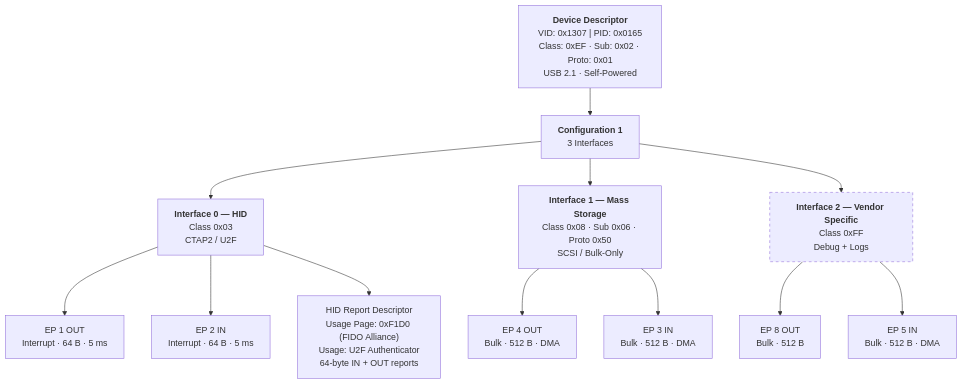
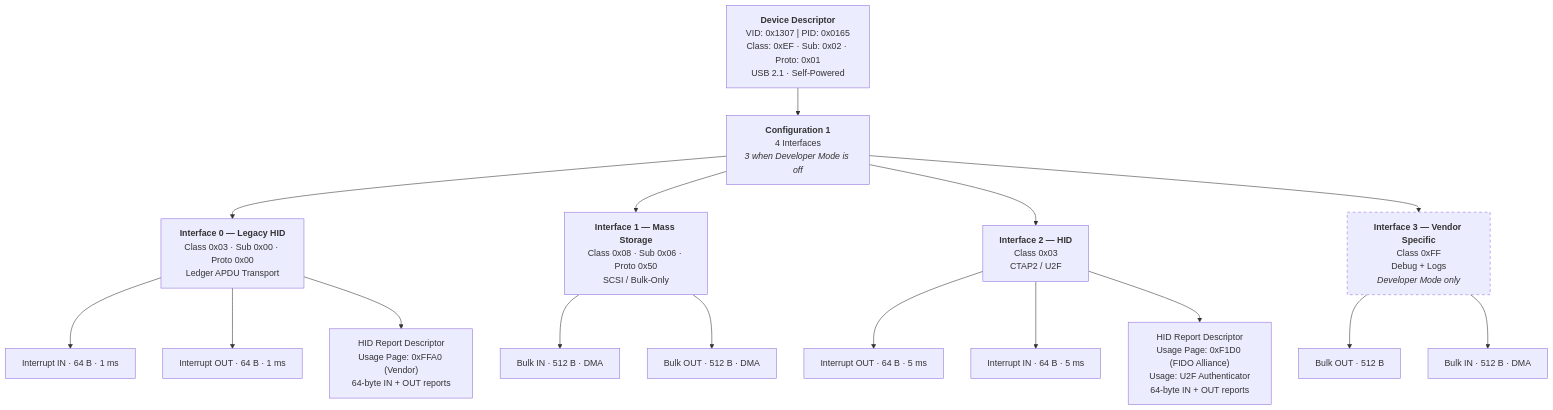
Before and after one commit to Foundation-Devices/KeyOS: the first of 4 diagrams in docs/usb-architecture.md, drawn with Mermaid. The commit also changed other lines of this file, not shown here.

First line of the commit message:
docs: update USB architecture and debug protocol

````diff
--- a/docs/usb-architecture.md
+++ b/docs/usb-architecture.md
@@ -25,35 +28,45 @@
 ```mermaid
 graph TD
     DEV["<b>Device Descriptor</b><br/>VID: 0x1307 | PID: 0x0165<br/>Class: 0xEF · Sub: 0x02 · Proto: 0x01<br/>USB 2.1 · Self-Powered"]
-    CFG["<b>Configuration 1</b><br/>3 Interfaces"]
+    CFG["<b>Configuration 1</b><br/>4 Interfaces<br/><i>3 when Developer Mode is off</i>"]
 
     DEV --> CFG
 
-    IF0["<b>Interface 0 — HID</b><br/>Class 0x03<br/>CTAP2 / U2F"]
+    IF0["<b>Interface 0 — Legacy HID</b><br/>Class 0x03 · Sub 0x00 · Proto 0x00<br/>Ledger APDU Transport"]
     IF1["<b>Interface 1 — Mass Storage</b><br/>Class 0x08 · Sub 0x06 · Proto 0x50<br/>SCSI / Bulk-Only"]
-    IF2["<b>Interface 2 — Vendor Specific</b><br/>Class 0xFF<br/>Debug + Logs"]
+    IF2["<b>Interface 2 — HID</b><br/>Class 0x03<br/>CTAP2 / U2F"]
+    IF3["<b>Interface 3 — Vendor Specific</b><br/>Class 0xFF<br/>Debug + Logs<br/><i>Developer Mode only</i>"]
 
     CFG --> IF0
     CFG --> IF1
     CFG --> IF2
+    CFG --> IF3
 
-    EP1O["EP 1 OUT<br/>Interrupt · 64 B · 5 ms"]
-    EP2I["EP 2 IN<br/>Interrupt · 64 B · 5 ms"]
-    IF0 --> EP1O
-    IF0 --> EP2I
+    LEP_IN["Interrupt IN · 64 B · 1 ms"]
+    LEP_OUT["Interrupt OUT · 64 B · 1 ms"]
+    IF0 --> LEP_IN
+    IF0 --> LEP_OUT
+
+    LHID["HID Report Descriptor<br/>Usage Page: 0xFFA0 (Vendor)<br/>64-byte IN + OUT reports"]
+    IF0 --> LHID
+
+    EP_MS_IN["Bulk IN · 512 B · DMA"]
+    EP_MS_OUT["Bulk OUT · 512 B · DMA"]
+    IF1 --> EP_MS_IN
+    IF1 --> EP_MS_OUT
+
+    EP_CTAP_OUT["Interrupt OUT · 64 B · 5 ms"]
+    EP_CTAP_IN["Interrupt IN · 64 B · 5 ms"]
+    IF2 --> EP_CTAP_OUT
+    IF2 --> EP_CTAP_IN
 
     HID["HID Report Descriptor<br/>Usage Page: 0xF1D0 (FIDO Alliance)<br/>Usage: U2F Authenticator<br/>64-byte IN + OUT reports"]
-    IF0 --> HID
+    IF2 --> HID
 
-    EP4O["EP 4 OUT<br/>Bulk · 512 B · DMA"]
-    EP3I["EP 3 IN<br/>Bulk · 512 B · DMA"]
-    IF1 --> EP4O
-    IF1 --> EP3I
+    EP_DBG_OUT["Bulk OUT · 512 B"]
+    EP_DBG_IN["Bulk IN · 512 B · DMA"]
+    IF3 --> EP_DBG_OUT
+    IF3 --> EP_DBG_IN
 
-    EP8O["EP 8 OUT<br/>Bulk · 512 B"]
-    EP5I["EP 5 IN<br/>Bulk · 512 B · DMA"]
-    IF2 --> EP8O
-    IF2 --> EP5I
-
-    style IF2 stroke-dasharray: 5 5
+    style IF3 stroke-dasharray: 5 5
 ```
````
